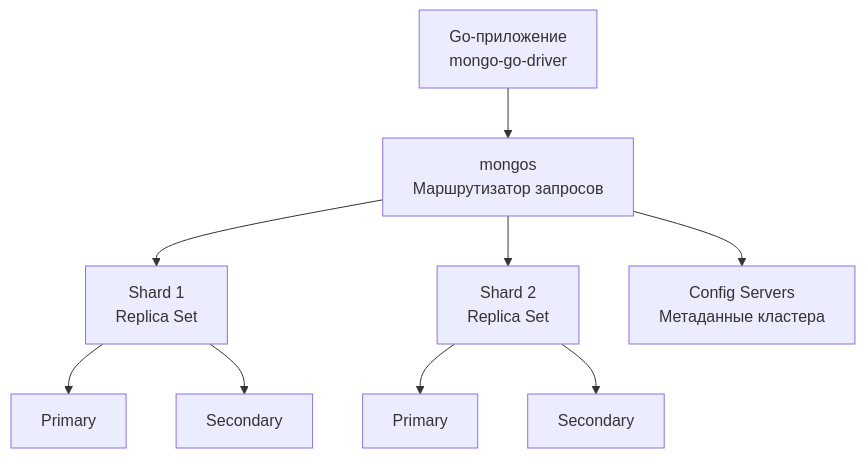
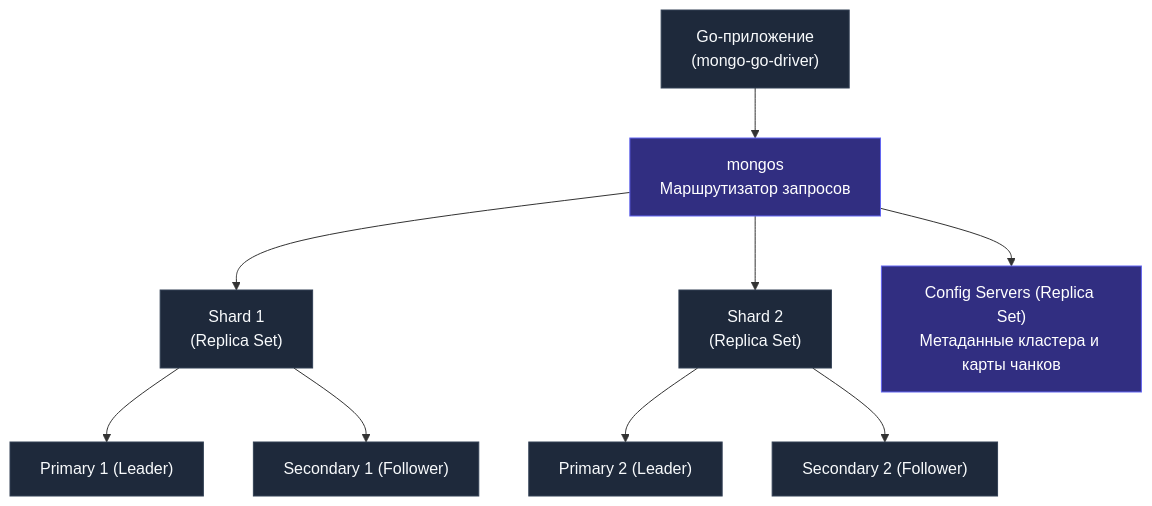
The second of 2 diagrams in sources/12. Базы данных/09. NoSQL базы/7. Document базы. MongoDB.md (UnrealTemplier/go-textbook), drawn with Mermaid before and after one commit. The commit also changed other lines of this file, not shown here.

````diff
--- a/sources/12. Базы данных/09. NoSQL базы/7. Document базы. MongoDB.md
+++ b/sources/12. Базы данных/09. NoSQL базы/7. Document базы. MongoDB.md
@@ -57,11 +69,18 @@
 ```mermaid
 flowchart TD
-    App["Go-приложение<br>mongo-go-driver"] --> Router["mongos<br>Маршрутизатор запросов"]
-    Router --> Shard1["Shard 1<br>Replica Set"]
-    Router --> Shard2["Shard 2<br>Replica Set"]
-    Shard1 --> Primary1["Primary"]
-    Shard1 --> Secondary1["Secondary"]
-    Shard2 --> Primary2["Primary"]
-    Shard2 --> Secondary2["Secondary"]
-    Router --> ConfigSrv["Config Servers<br>Метаданные кластера"]
+    App["Go-приложение<br>(mongo-go-driver)"] --> Router["mongos<br>Маршрутизатор запросов"]
+    Router --> Shard1["Shard 1<br>(Replica Set)"]
+    Router --> Shard2["Shard 2<br>(Replica Set)"]
+    
+    Shard1 --> Primary1["Primary 1 (Leader)"]
+    Shard1 --> Secondary1["Secondary 1 (Follower)"]
+    
+    Shard2 --> Primary2["Primary 2 (Leader)"]
+    Shard2 --> Secondary2["Secondary 2 (Follower)"]
+    
+    Router --> ConfigSrv["Config Servers (Replica Set)<br>Метаданные кластера и карты чанков"]
+
+    classDef default fill:#1e293b,stroke:#334155,color:#f8fafc;
+    classDef nodeAct fill:#312e81,stroke:#6366f1,color:#ffffff;
+    class Router,ConfigSrv nodeAct;
 ```
````
